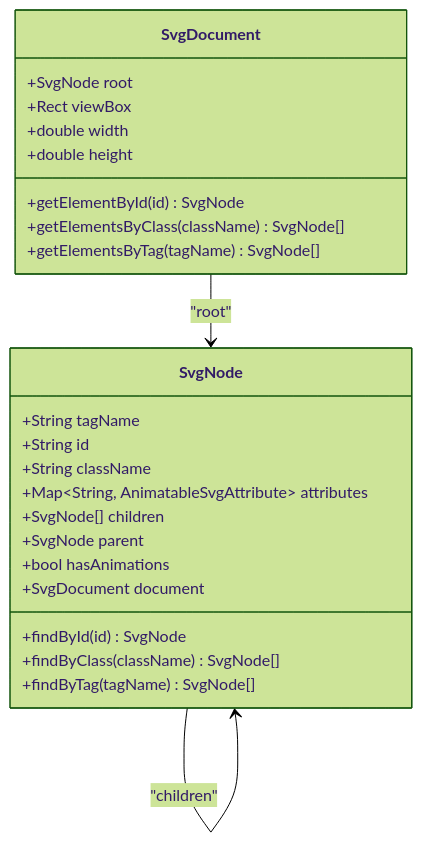
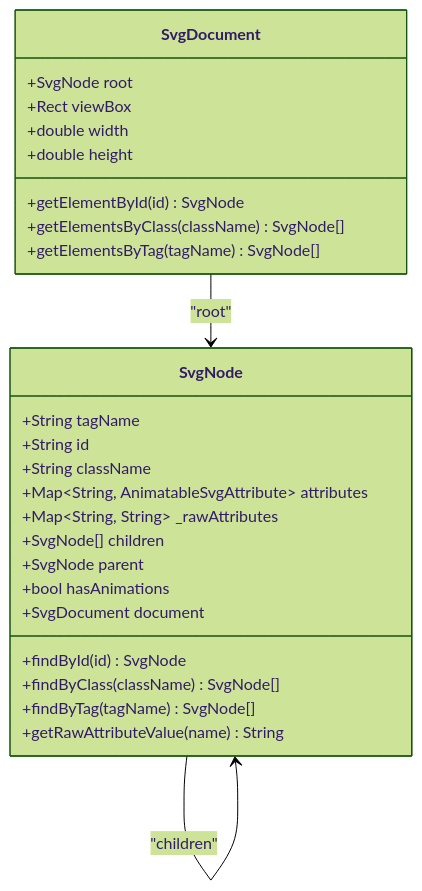
One commit to denisnadey/flutter_full_svg_support changed the third of 10 diagrams in .qoder/repowiki/en/content/Advanced Features/Use Element Symbol Inheritance.md. Above: the diagram before and after it, drawn with Mermaid (forest theme). The commit also changed other lines of this file and 30 other files, not shown here.

````diff
--- a/.qoder/repowiki/en/content/Advanced Features/Use Element Symbol Inheritance.md
+++ b/.qoder/repowiki/en/content/Advanced Features/Use Element Symbol Inheritance.md
@@ -121,27 +159,29 @@
 ```mermaid
 classDiagram
 class SvgNode {
 +String tagName
 +String id
 +String className
 +Map~String, AnimatableSvgAttribute~ attributes
++Map~String, String~ _rawAttributes
 +SvgNode[] children
 +SvgNode parent
 +bool hasAnimations
 +SvgDocument document
 +findById(id) SvgNode
 +findByClass(className) SvgNode[]
 +findByTag(tagName) SvgNode[]
++getRawAttributeValue(name) String
 }
 class SvgDocument {
 +SvgNode root
 +Rect viewBox
 +double width
 +double height
 +getElementById(id) SvgNode
 +getElementsByClass(className) SvgNode[]
 +getElementsByTag(tagName) SvgNode[]
 }
 SvgDocument --> SvgNode : "root"
 SvgNode --> SvgNode : "children"
 ```
````
